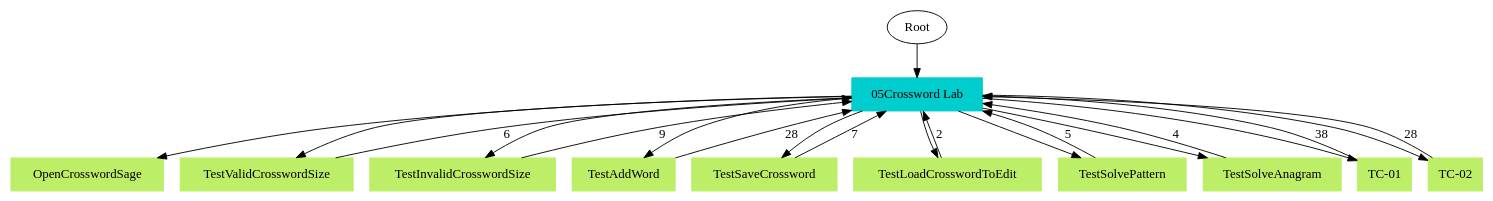
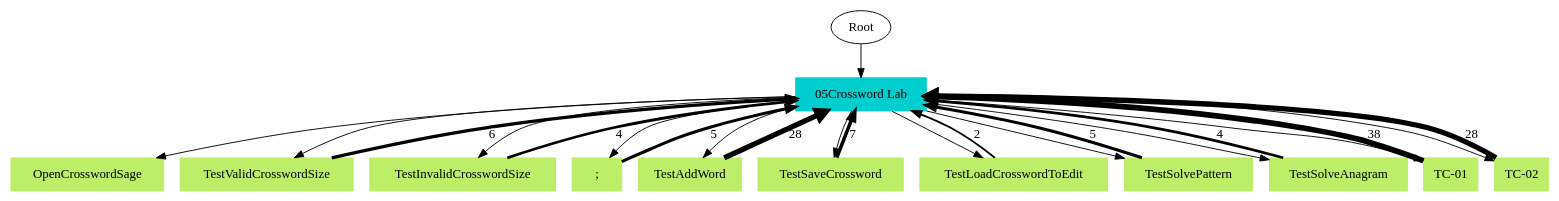
The diagram in TS2TC.gv (mypstom/robotide), drawn with Graphviz before and after one commit. The commit also changed 19 other files, not shown here.

```diff
--- a/TS2TC.gv
+++ b/TS2TC.gv
@@ -1,35 +1,38 @@
 // TS <-> TC
 digraph {
 	Root
 	"05Crossword Lab" [color=cyan3 shape=box style=filled]
 		Root -> "05Crossword Lab"
 	OpenCrosswordSage [color=darkolivegreen2 shape=box style=filled]
 		"05Crossword Lab" -> OpenCrosswordSage
 	TestValidCrosswordSize [color=darkolivegreen2 shape=box style=filled]
 		"05Crossword Lab" -> TestValidCrosswordSize
 	TestInvalidCrosswordSize [color=darkolivegreen2 shape=box style=filled]
 		"05Crossword Lab" -> TestInvalidCrosswordSize
+	";" [color=darkolivegreen2 shape=box style=filled]
+		"05Crossword Lab" -> ";"
 	TestAddWord [color=darkolivegreen2 shape=box style=filled]
 		"05Crossword Lab" -> TestAddWord
 	TestSaveCrossword [color=darkolivegreen2 shape=box style=filled]
 		"05Crossword Lab" -> TestSaveCrossword
 	TestLoadCrosswordToEdit [color=darkolivegreen2 shape=box style=filled]
 		"05Crossword Lab" -> TestLoadCrosswordToEdit
 	TestSolvePattern [color=darkolivegreen2 shape=box style=filled]
 		"05Crossword Lab" -> TestSolvePattern
 	TestSolveAnagram [color=darkolivegreen2 shape=box style=filled]
 		"05Crossword Lab" -> TestSolveAnagram
 	"TC-01" [color=darkolivegreen2 shape=box style=filled]
 		"05Crossword Lab" -> "TC-01"
 	"TC-02" [color=darkolivegreen2 shape=box style=filled]
 		"05Crossword Lab" -> "TC-02"
-		TestSolveAnagram -> "05Crossword Lab" [label=4]
-		TestInvalidCrosswordSize -> "05Crossword Lab" [label=9]
-		TestSaveCrossword -> "05Crossword Lab" [label=7]
-		TestValidCrosswordSize -> "05Crossword Lab" [label=6]
-		TestLoadCrosswordToEdit -> "05Crossword Lab" [label=2]
-		"TC-01" -> "05Crossword Lab" [label=38]
-		TestAddWord -> "05Crossword Lab" [label=28]
-		"TC-02" -> "05Crossword Lab" [label=28]
-		TestSolvePattern -> "05Crossword Lab" [label=5]
+		";" -> "05Crossword Lab" [label=5 penwidth=3.32192809489]
+		TestSolveAnagram -> "05Crossword Lab" [label=4 penwidth=3.0]
+		TestInvalidCrosswordSize -> "05Crossword Lab" [label=4 penwidth=3.0]
+		TestSaveCrossword -> "05Crossword Lab" [label=7 penwidth=3.80735492206]
+		TestValidCrosswordSize -> "05Crossword Lab" [label=6 penwidth=3.58496250072]
+		TestLoadCrosswordToEdit -> "05Crossword Lab" [label=2 penwidth=2.0]
+		"TC-01" -> "05Crossword Lab" [label=38 penwidth=6.24792751344]
+		TestAddWord -> "05Crossword Lab" [label=28 penwidth=5.80735492206]
+		"TC-02" -> "05Crossword Lab" [label=28 penwidth=5.80735492206]
+		TestSolvePattern -> "05Crossword Lab" [label=5 penwidth=3.32192809489]
 }
```
